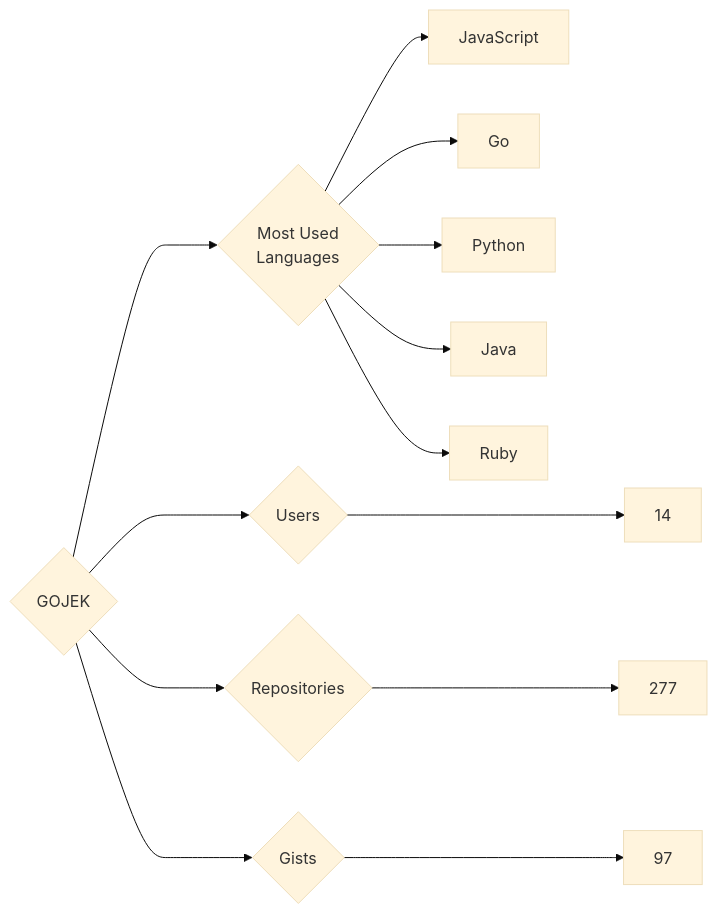
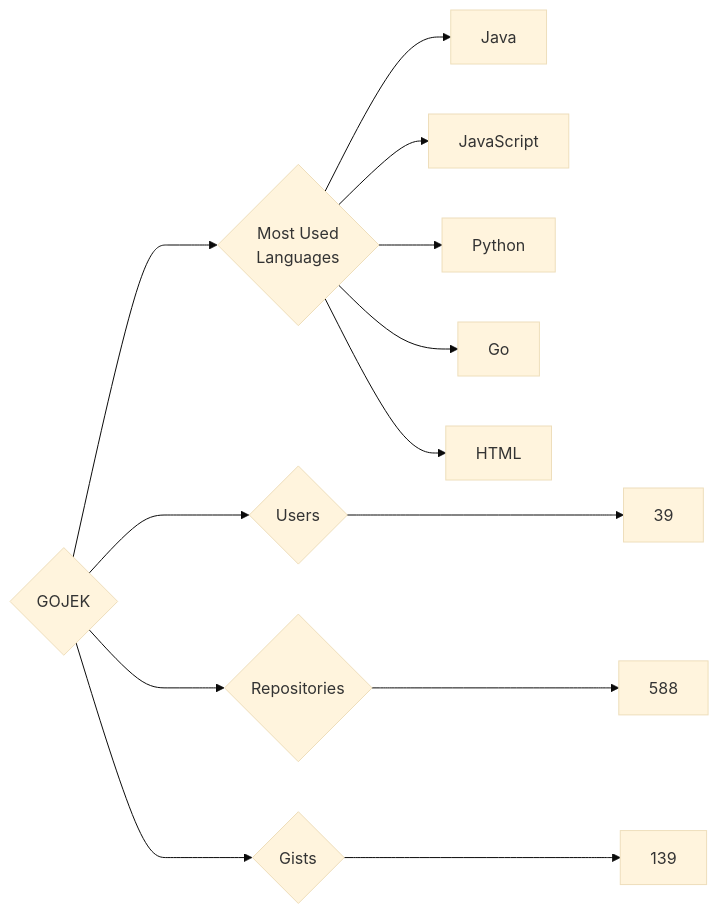
One commit to trickest/insiders changed the diagram in targets/GOJEK/README.md. Above: the diagram before and after it, drawn with Mermaid (base theme). The commit also changed 748 other files, not shown here.

````diff
--- a/targets/GOJEK/README.md
+++ b/targets/GOJEK/README.md
@@ -3,13 +3,13 @@
 ```mermaid
 graph LR
 COMPANY_NAME{GOJEK}
-COMPANY_NAME ---> U{Users} ---> UN[14]
-COMPANY_NAME ---> R{Repositories} ---> RN[277]
-COMPANY_NAME ---> G{Gists} ---> GN[97]
+COMPANY_NAME ---> U{Users} ---> UN[39]
+COMPANY_NAME ---> R{Repositories} ---> RN[588]
+COMPANY_NAME ---> G{Gists} ---> GN[139]
 COMPANY_NAME ---> ML{Most Used<br>Languages}
+ML --> Java[Java]
 ML --> JavaScript[JavaScript]
+ML --> Python[Python]
 ML --> Go[Go]
-ML --> Python[Python]
-ML --> Java[Java]
-ML --> Ruby[Ruby]
+ML --> HTML[HTML]
 ```
````
